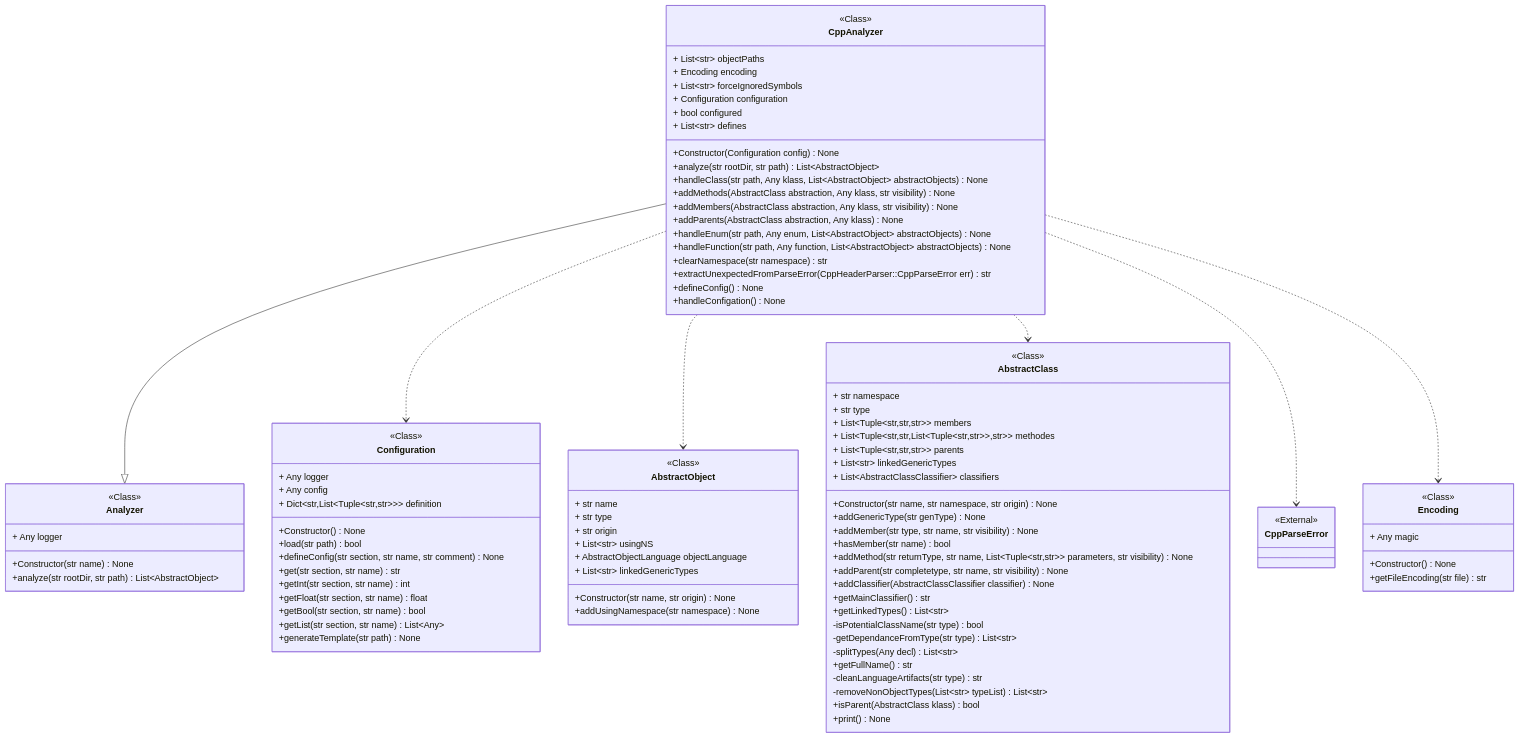
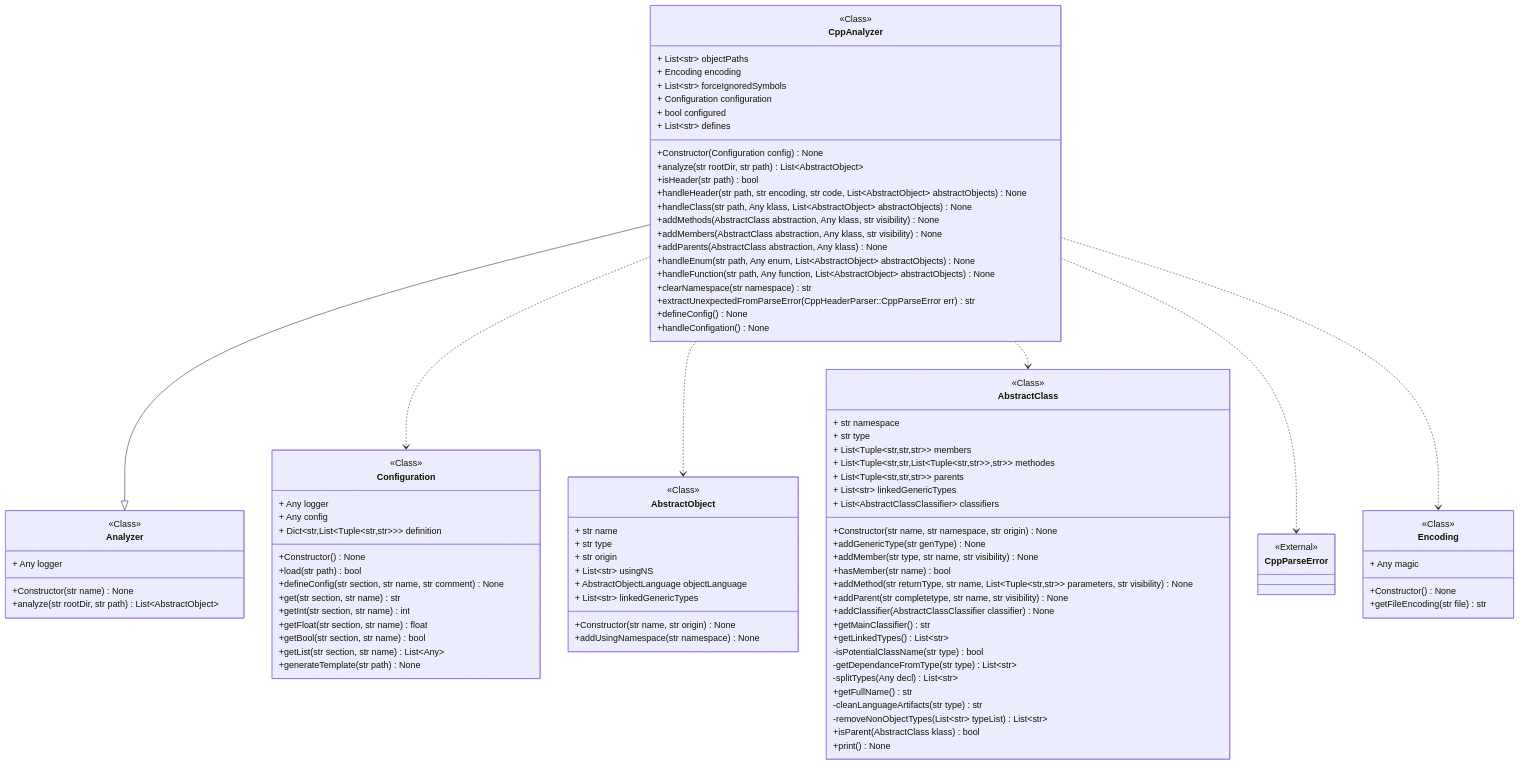
One commit to miong/pycodeanalyzer changed the diagram in docs/source/code/diagrams/pycodeanalyzer_core_languages_analyzers_cppanalyzer_CppAnalyzer.mmd. Above: the diagram before and after it, drawn with Mermaid. The commit also changed 5 other files, not shown here.

```diff
--- a/docs/source/code/diagrams/pycodeanalyzer_core_languages_analyzers_cppanalyzer_CppAnalyzer.mmd
+++ b/docs/source/code/diagrams/pycodeanalyzer_core_languages_analyzers_cppanalyzer_CppAnalyzer.mmd
@@ -1,100 +1,102 @@
 classDiagram
 class CppAnalyzer {
 <<Class>>
 + List~str~ objectPaths
 + Encoding encoding
 + List~str~ forceIgnoredSymbols
 + Configuration configuration
 + bool configured
 + List~str~ defines
 +Constructor(Configuration config) None
 +analyze(str rootDir, str path) List~AbstractObject~
++isHeader(str path) bool
++handleHeader(str path, str encoding, str code, List~AbstractObject~ abstractObjects) None
 +handleClass(str path, Any klass, List~AbstractObject~ abstractObjects) None
 +addMethods(AbstractClass abstraction, Any klass, str visibility) None
 +addMembers(AbstractClass abstraction, Any klass, str visibility) None
 +addParents(AbstractClass abstraction, Any klass) None
 +handleEnum(str path, Any enum, List~AbstractObject~ abstractObjects) None
 +handleFunction(str path, Any function, List~AbstractObject~ abstractObjects) None
 +clearNamespace(str namespace) str
 +extractUnexpectedFromParseError(CppHeaderParser::CppParseError err) str
 +defineConfig() None
 +handleConfigation() None
 }
 class Analyzer {
 <<Class>>
 + Any logger
 +Constructor(str name) None
 +analyze(str rootDir, str path) List~AbstractObject~
 }
 link Analyzer "class££pycodeanalyzer::core::languages::analyzer::Analyzer"
 class Configuration {
 <<Class>>
 + Any logger
 + Any config
 + Dict&lt;str,List&lt;Tuple&lt;str,str&gt;&gt;&gt; definition
 +Constructor() None
 +load(str path) bool
 +defineConfig(str section, str name, str comment) None
 +get(str section, str name) str
 +getInt(str section, str name) int
 +getFloat(str section, str name) float
 +getBool(str section, str name) bool
 +getList(str section, str name) List~Any~
 +generateTemplate(str path) None
 }
 link Configuration "class££pycodeanalyzer::core::configuration::configuration::Configuration"
 class AbstractObject {
 <<Class>>
 + str name
 + str type
 + str origin
 + List~str~ usingNS
 + AbstractObjectLanguage objectLanguage
 + List~str~ linkedGenericTypes
 +Constructor(str name, str origin) None
 +addUsingNamespace(str namespace) None
 }
 link AbstractObject "class££pycodeanalyzer::core::abstraction::objects::AbstractObject"
 class AbstractClass {
 <<Class>>
 + str namespace
 + str type
 + List&lt;Tuple&lt;str,str,str&gt;&gt; members
 + List&lt;Tuple&lt;str,str,List&lt;Tuple&lt;str,str&gt;&gt;,str&gt;&gt; methodes
 + List&lt;Tuple&lt;str,str,str&gt;&gt; parents
 + List~str~ linkedGenericTypes
 + List~AbstractClassClassifier~ classifiers
 +Constructor(str name, str namespace, str origin) None
 +addGenericType(str genType) None
 +addMember(str type, str name, str visibility) None
 +hasMember(str name) bool
 +addMethod(str returnType, str name, List&lt;Tuple&lt;str,str&gt;&gt; parameters, str visibility) None
 +addParent(str completetype, str name, str visibility) None
 +addClassifier(AbstractClassClassifier classifier) None
 +getMainClassifier() str
 +getLinkedTypes() List~str~
 -isPotentialClassName(str type) bool
 -getDependanceFromType(str type) List~str~
 -splitTypes(Any decl) List~str~
 +getFullName() str
 -cleanLanguageArtifacts(str type) str
 -removeNonObjectTypes(List~str~ typeList) List~str~
 +isParent(AbstractClass klass) bool
 +print() None
 }
 link AbstractClass "class££pycodeanalyzer::core::abstraction::objects::AbstractClass"
 class CppParseError
 <<External>> CppParseError
 class Encoding {
 <<Class>>
 + Any magic
 +Constructor() None
 +getFileEncoding(str file) str
 }
 link Encoding "class££pycodeanalyzer::core::encoding::encodings::Encoding"
 CppAnalyzer --|> Analyzer
 CppAnalyzer ..> Configuration
 CppAnalyzer ..> AbstractObject
 CppAnalyzer ..> AbstractClass
 CppAnalyzer ..> CppParseError
 CppAnalyzer ..> Encoding
```
